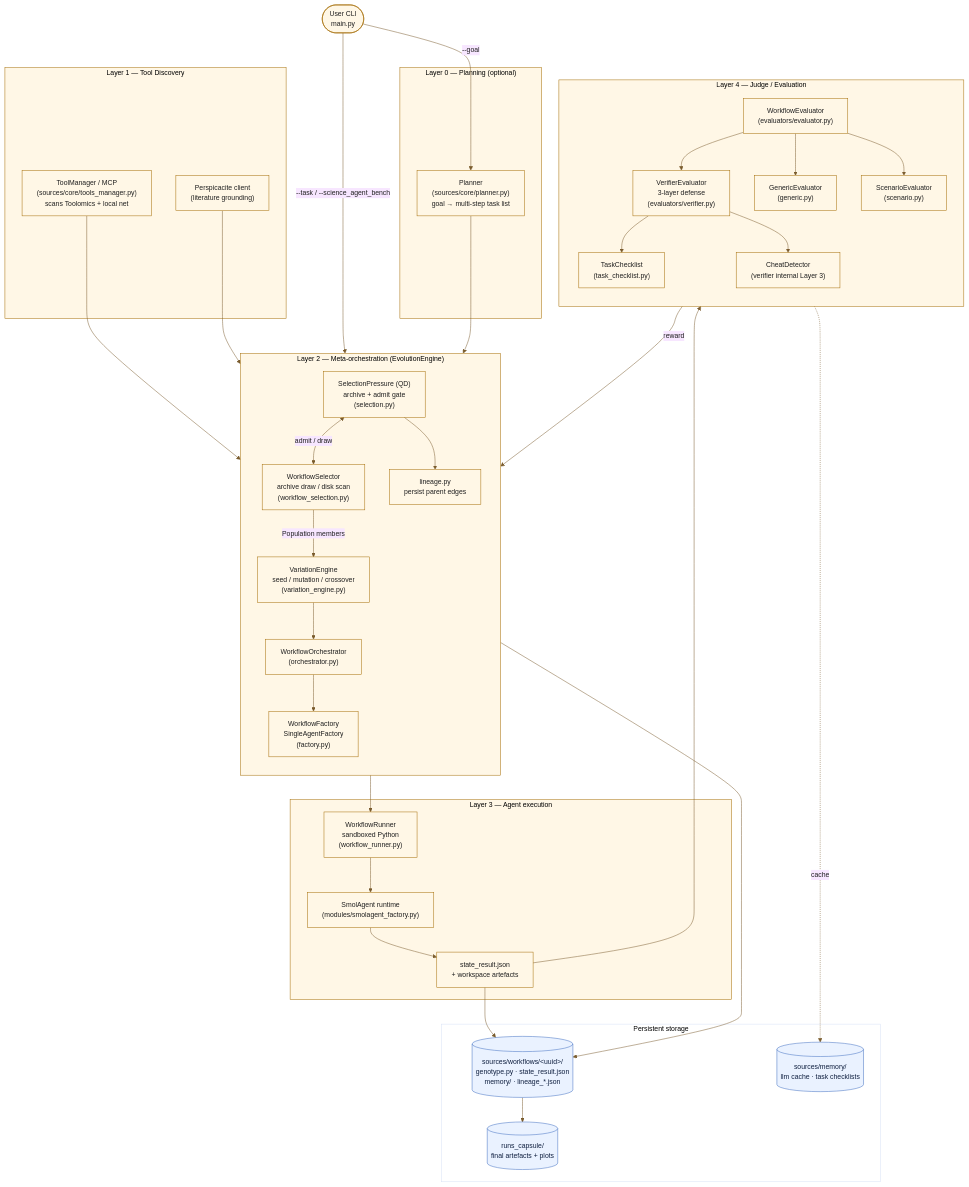
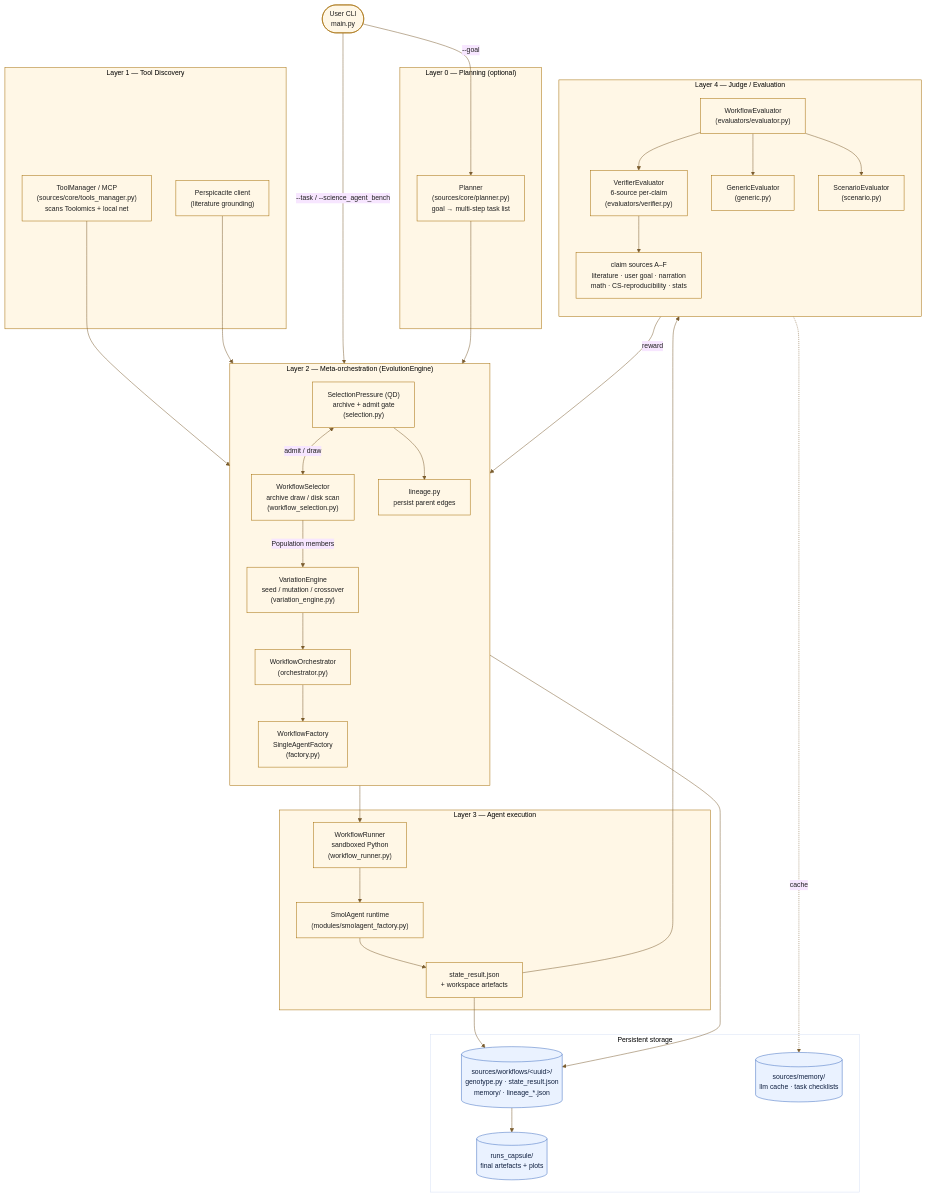
The diagram in docs/diagrams/architecture_overall.mermaid (HolobiomicsLab/Mimosa-AI), drawn with Mermaid before and after one commit. The commit also changed 14 other files, not shown here.

```diff
--- a/docs/diagrams/architecture_overall.mermaid
+++ b/docs/diagrams/architecture_overall.mermaid
@@ -1,87 +1,85 @@
 %%{init: {"theme": "base", "themeVariables": {
   "primaryColor": "#FFF7E6",
   "primaryBorderColor": "#A36A00",
   "primaryTextColor": "#202020",
   "lineColor": "#7A5C2E",
   "fontSize": "14px"
 }} }%%
 flowchart TB
     %% =============== entry ===================================================
     User([User CLI<br/>main.py])
 
     subgraph L0["Layer 0 — Planning (optional)"]
         Planner["Planner<br/>(sources/core/planner.py)<br/>goal → multi-step task list"]
     end
 
     subgraph L1["Layer 1 — Tool Discovery"]
         Tools["ToolManager / MCP<br/>(sources/core/tools_manager.py)<br/>scans Toolomics + local net"]
         Persp["Perspicacite client<br/>(literature grounding)"]
     end
 
     subgraph L2["Layer 2 — Meta-orchestration (EvolutionEngine)"]
         direction TB
         ParentSel["WorkflowSelector<br/>archive draw / disk scan<br/>(workflow_selection.py)"]
         Selection["SelectionPressure (QD)<br/>archive + admit gate<br/>(selection.py)"]
         Variation["VariationEngine<br/>seed / mutation / crossover<br/>(variation_engine.py)"]
         Orch["WorkflowOrchestrator<br/>(orchestrator.py)"]
         Factory["WorkflowFactory<br/>SingleAgentFactory<br/>(factory.py)"]
         Lineage["lineage.py<br/>persist parent edges"]
     end
 
     subgraph L3["Layer 3 — Agent execution"]
         Runner["WorkflowRunner<br/>sandboxed Python<br/>(workflow_runner.py)"]
         Smol["SmolAgent runtime<br/>(modules/smolagent_factory.py)"]
         State["state_result.json<br/>+ workspace artefacts"]
     end
 
     subgraph L4["Layer 4 — Judge / Evaluation"]
         direction TB
         Eval["WorkflowEvaluator<br/>(evaluators/evaluator.py)"]
-        Verifier["VerifierEvaluator<br/>3-layer defense<br/>(evaluators/verifier.py)"]
-        Checklist["TaskChecklist<br/>(task_checklist.py)"]
-        Cheat["CheatDetector<br/>(verifier internal Layer 3)"]
+        Verifier["VerifierEvaluator<br/>6-source per-claim<br/>(evaluators/verifier.py)"]
+        Sources["claim sources A–F<br/>literature · user goal · narration<br/>math · CS-reproducibility · stats"]
         Generic["GenericEvaluator<br/>(generic.py)"]
         Scenario["ScenarioEvaluator<br/>(scenario.py)"]
     end
 
     subgraph Storage["Persistent storage"]
         WFs[("sources/workflows/&lt;uuid&gt;/<br/>genotype.py · state_result.json<br/>memory/ · lineage_*.json")]
         Capsule[("runs_capsule/<br/>final artefacts + plots")]
         Cache[("sources/memory/<br/>llm cache · task checklists")]
     end
 
     %% =============== flows ===================================================
     User -->|--goal| Planner
     User -->|--task / --science_agent_bench| L2
     Planner --> L2
 
     Tools --> Factory
     Persp --> Orch
 
     ParentSel -->|Population members| Variation
     Selection <-->|admit / draw| ParentSel
     Variation --> Orch
     Orch --> Factory
     Factory --> Runner
     Runner --> Smol
     Smol --> State
 
     State --> Eval
     Eval --> Verifier
-    Verifier --> Checklist
-    Verifier --> Cheat
+    Verifier --> Sources
     Eval --> Generic
     Eval --> Scenario
 
     Eval -- reward --> Selection
     Selection --> Lineage
     Lineage --> WFs
     State --> WFs
     WFs --> Capsule
     Eval -.cache.-> Cache
 
     %% =============== styling =================================================
     classDef layer fill:#FFF7E6,stroke:#A36A00,stroke-width:1px;
     classDef store fill:#EAF2FF,stroke:#3D6BBF,color:#102040;
     class L0,L1,L2,L3,L4 layer;
     class WFs,Capsule,Cache store;
```
